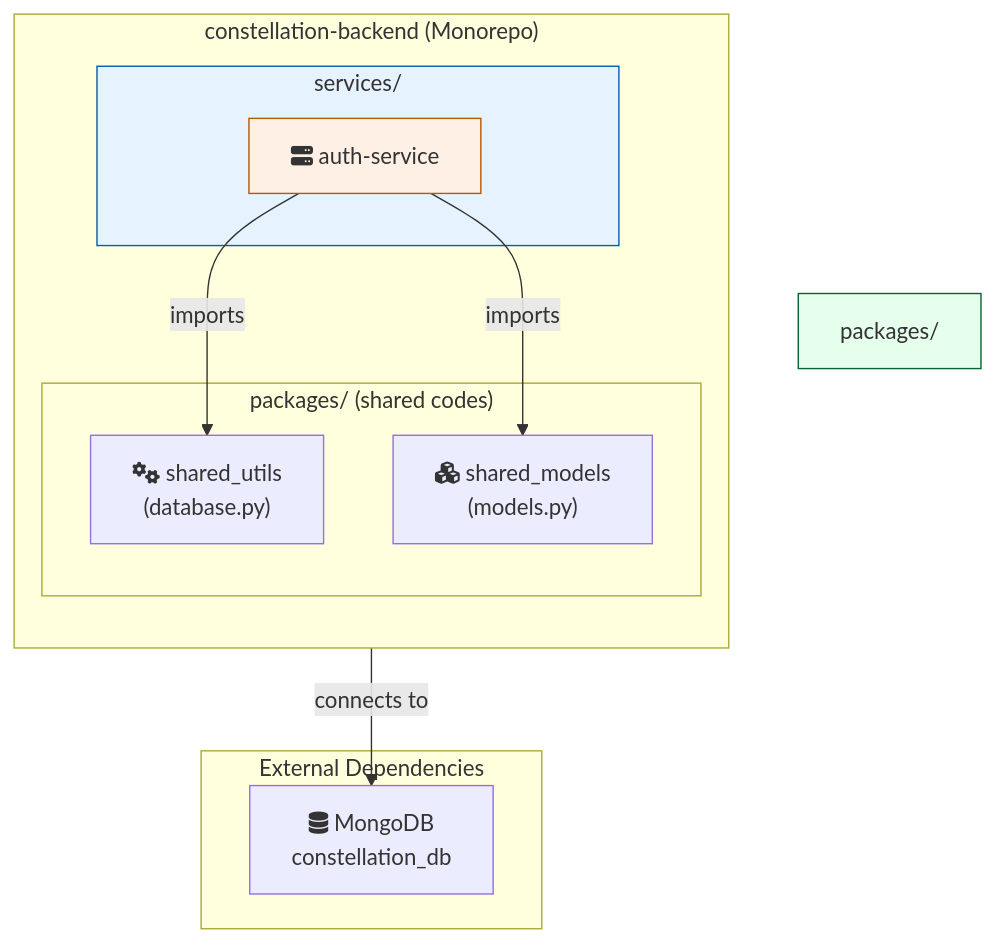
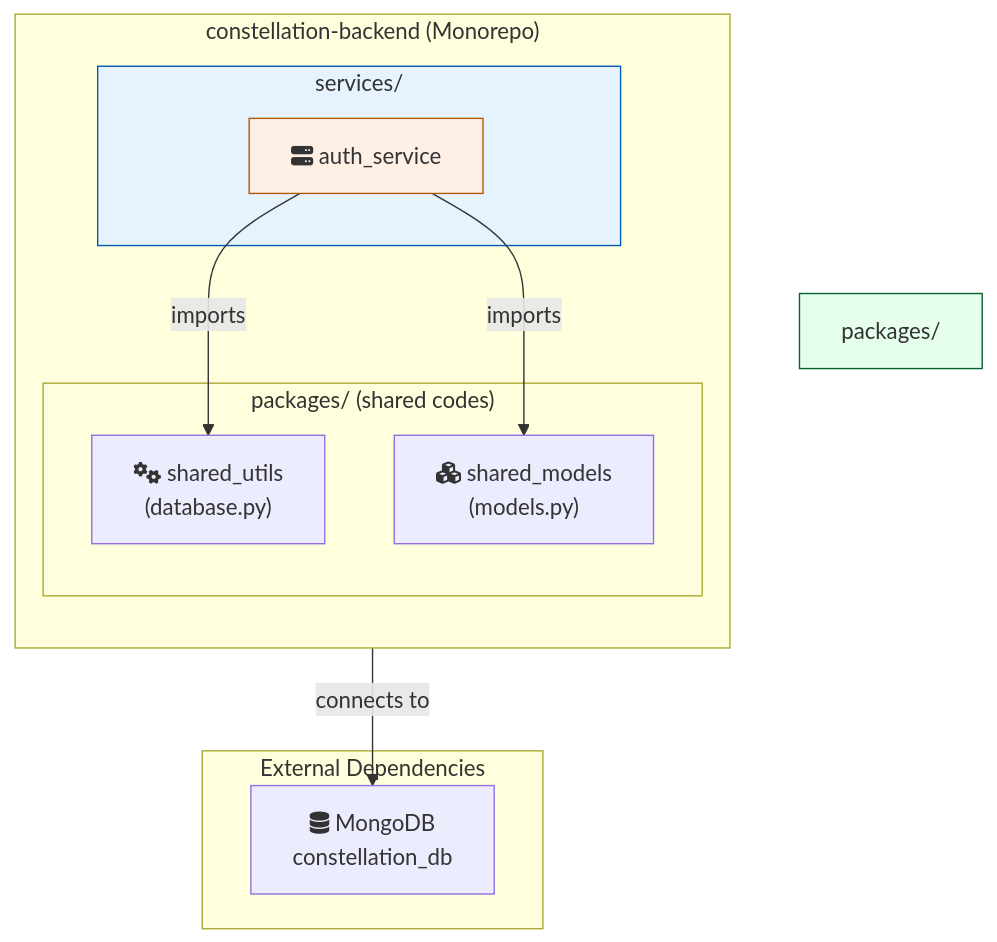
The diagram in README.md (YenChengLai/constellation-backend), drawn with Mermaid before and after one commit. The commit also changed other lines of this file and 19 other files, not shown here.

Commit message:
feat(auth): Implement complete auth service with testing

````diff
--- a/README.md
+++ b/README.md
@@ -37,29 +37,29 @@
 ```mermaid
 graph TD
     subgraph "constellation-backend (Monorepo)"
         direction TB
 
         subgraph "services/"
             style services/ fill:#e6f3ff,stroke:#005cb3
-            AUTH["fa:fa-server auth-service"]
+            AUTH["fa:fa-server auth_service"]
         end
 
         subgraph "packages/ (shared codes)"
             style packages/ fill:#e6ffed,stroke:#00642e
             SHARED_UTILS["fa:fa-cogs shared_utils\n (database.py)"]
             SHARED_MODELS["fa:fa-cubes shared_models\n (models.py)"]
         end
 
         AUTH -->|imports| SHARED_UTILS
         AUTH -->|imports| SHARED_MODELS
     end
 
     subgraph "External Dependencies"
         DB["fa:fa-database MongoDB 
          constellation_db"]
     end
 
     AUTH -->|connects to| DB
 
     style AUTH fill:#fff0e6,stroke:#b35900
 ```
````
